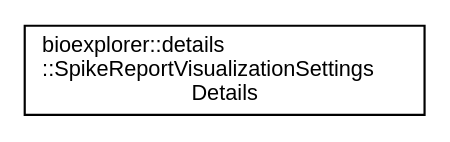
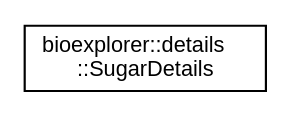
The diagram in docs/inherit_graph_60.dot (BlueBrain/BioExplorer), drawn with Graphviz before and after one commit. The commit also changed 2219 other files, not shown here.

```diff
--- a/docs/inherit_graph_60.dot
+++ b/docs/inherit_graph_60.dot
@@ -1,8 +1,8 @@
 digraph "Graphical Class Hierarchy"
 {
  // LATEX_PDF_SIZE
   edge [fontname="Helvetica",fontsize="10",labelfontname="Helvetica",labelfontsize="10"];
   node [fontname="Helvetica",fontsize="10",shape=record];
   rankdir="LR";
-  Node0 [label="bioexplorer::details\l::SpikeReportVisualizationSettings\lDetails",height=0.2,width=0.4,color="black", fillcolor="white", style="filled",URL="$d8/d37/structbioexplorer_1_1details_1_1SpikeReportVisualizationSettingsDetails.html",tooltip=" "];
+  Node0 [label="bioexplorer::details\l::SugarDetails",height=0.2,width=0.4,color="black", fillcolor="white", style="filled",URL="$d6/d93/structbioexplorer_1_1details_1_1SugarDetails.html",tooltip="Data structure describing the sugar."];
 }
```
